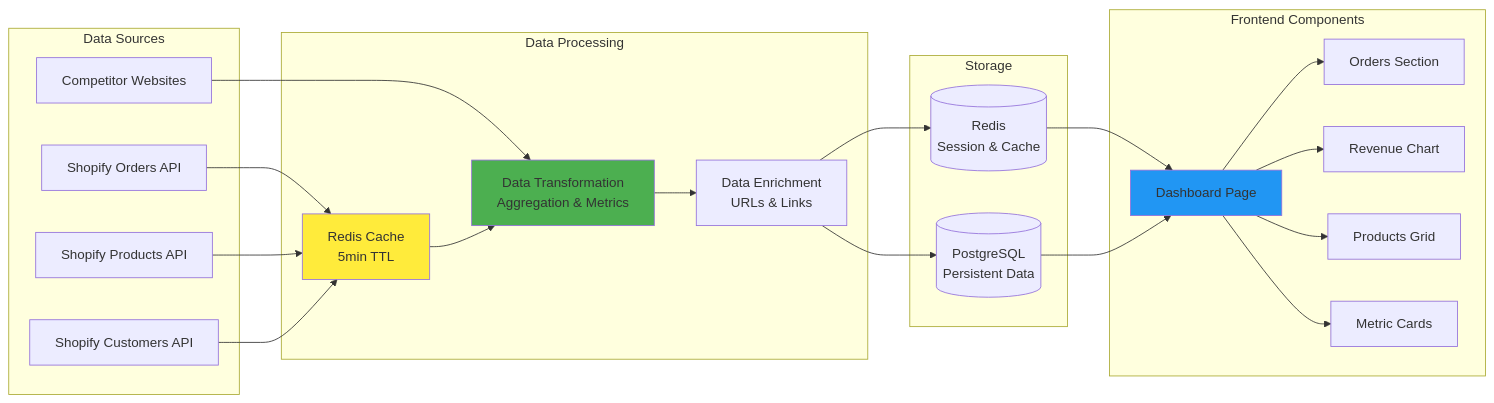
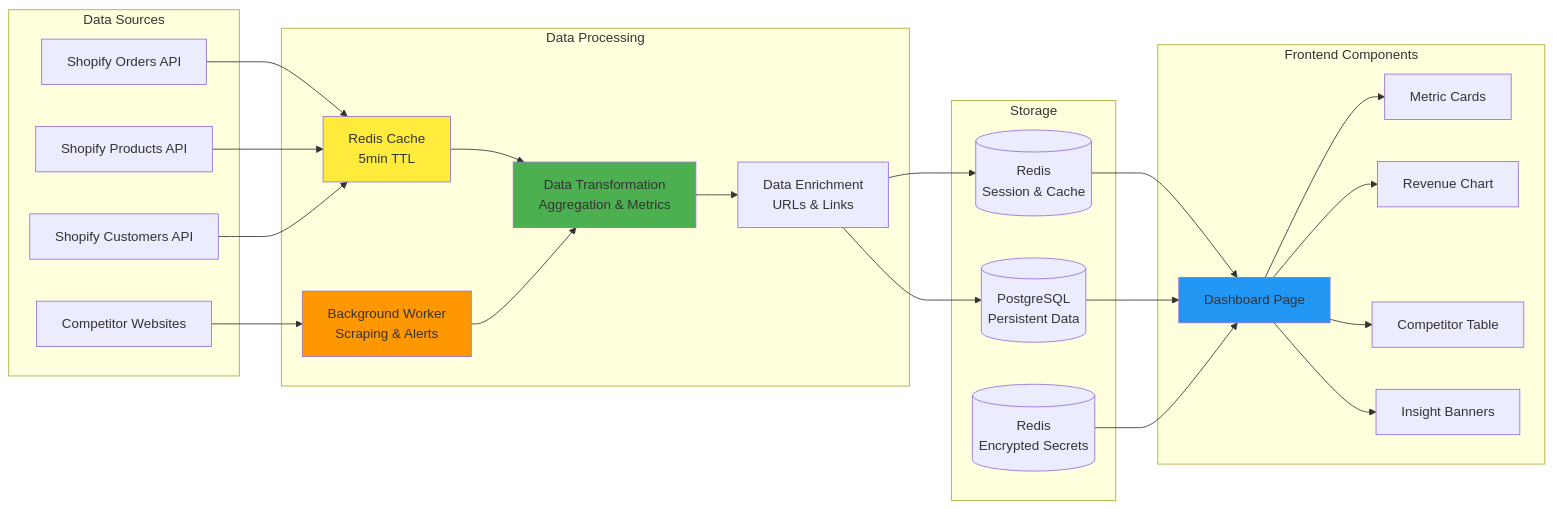
Before and after one commit to teja230/storesight: the third of 4 diagrams in README.md, drawn with Mermaid. The commit also changed other lines of this file, not shown here.

Commit message:
Update README.md; enhance project description, architecture details, and deployment instructions

````diff
--- a/README.md
+++ b/README.md
@@ -99,49 +99,54 @@
 ```mermaid
 graph LR
     subgraph "Data Sources"
         S1[Shopify Orders API]
         S2[Shopify Products API]
         S3[Shopify Customers API]
         S4[Competitor Websites]
     end
     
     subgraph "Data Processing"
         Cache[Redis Cache<br/>5min TTL]
         Transform[Data Transformation<br/>Aggregation & Metrics]
         Enrich[Data Enrichment<br/>URLs & Links]
+        Worker[Background Worker<br/>Scraping & Alerts]
     end
     
     subgraph "Storage"
         DB[(PostgreSQL<br/>Persistent Data)]
         Memory[(Redis<br/>Session & Cache)]
+        Secrets[(Redis<br/>Encrypted Secrets)]
     end
     
     subgraph "Frontend Components"
         Dashboard[Dashboard Page]
-        Orders[Orders Section]
+        Metrics[Metric Cards]
         Revenue[Revenue Chart]
-        Products[Products Grid]
-        Metrics[Metric Cards]
+        Competitors[Competitor Table]
+        Insights[Insight Banners]
     end
     
     S1 --> Cache
     S2 --> Cache
     S3 --> Cache
-    S4 --> Transform
+    S4 --> Worker
     
     Cache --> Transform
     Transform --> Enrich
+    Worker --> Transform
     Enrich --> DB
     Enrich --> Memory
     
     Memory --> Dashboard
     DB --> Dashboard
-    Dashboard --> Orders
+    Secrets --> Dashboard
+    Dashboard --> Metrics
     Dashboard --> Revenue
-    Dashboard --> Products
-    Dashboard --> Metrics
+    Dashboard --> Competitors
+    Dashboard --> Insights
     
     style Cache fill:#ffeb3b
     style Transform fill:#4caf50
+    style Worker fill:#ff9800
     style Dashboard fill:#2196f3
 ``` 
````
